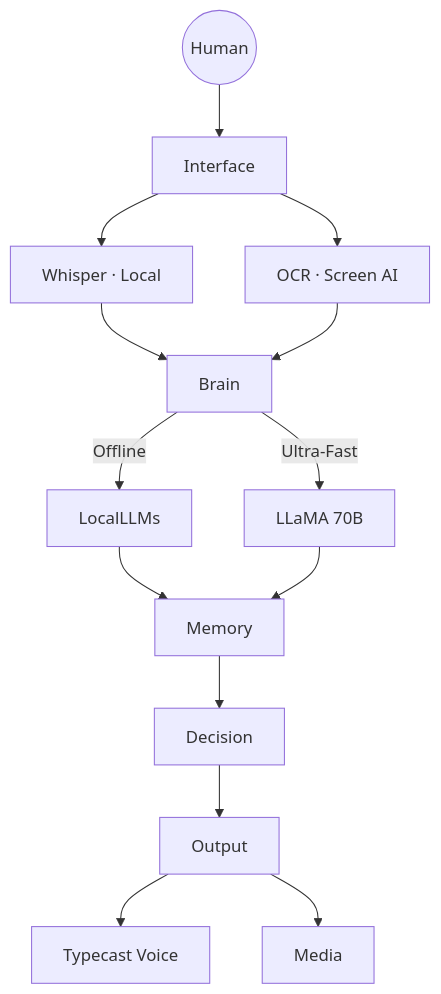
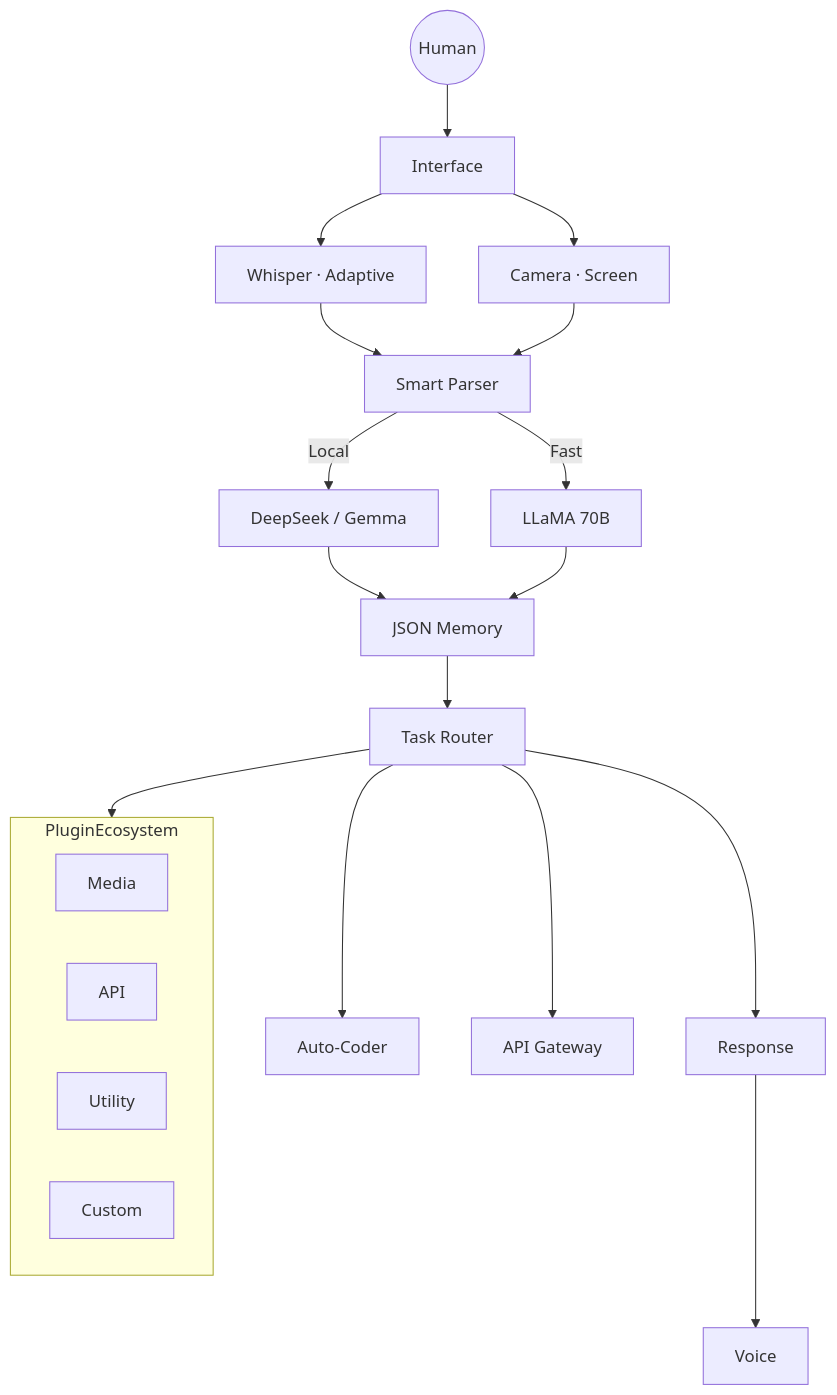
Before and after one commit to nissanpatrolk5037-ctrl/Optimind: the second of 3 diagrams in README.md, drawn with Mermaid. The commit also changed other lines of this file, not shown here.

````diff
--- a/README.md
+++ b/README.md
@@ -61,16 +95,28 @@
 ```mermaid
 flowchart TB
     User((Human)) --> Interface
-    Interface --> STT[Whisper · Local]
-    Interface --> Vision[OCR · Screen AI]
-    STT --> Brain
+    Interface --> STT[Whisper · Adaptive]
+    Interface --> Vision[Camera · Screen]
+    STT --> Brain[Smart Parser]
     Vision --> Brain
-    Brain -->|Offline| LocalLLMs
-    Brain -->|Ultra‑Fast| Groq[LLaMA 70B]
-    LocalLLMs --> Memory
+    Brain -->|Local| LocalLLMs[DeepSeek / Gemma]
+    Brain -->|Fast| Groq[LLaMA 70B]
+
+    subgraph PluginEcosystem
+        P1[Media]
+        P2[API]
+        P3[Utility]
+        P4[Custom]
+    end
+
+    LocalLLMs --> Memory[JSON Memory]
     Groq --> Memory
-    Memory --> Decision
-    Decision --> Output
-    Output --> TTS[Typecast Voice]
-    Output --> Media
+    Memory --> Decision[Task Router]
+
+    Decision --> Code[Auto-Coder]
+    Decision --> PluginEcosystem
+    Decision --> API[API Gateway]
+    Decision --> Response
+
+    Response --> TTS[Voice]
 ```
````
